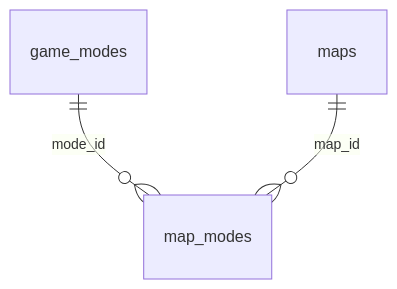
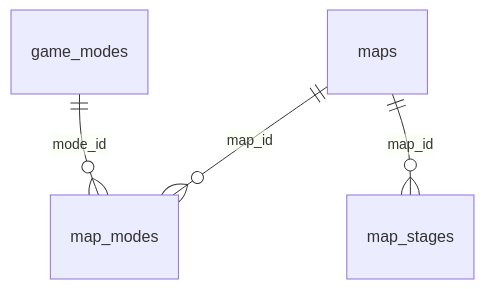
One commit to mmikol/overwatch-db changed the second of 4 diagrams in docs/erd.md. Above: the diagram before and after it, drawn with Mermaid. The commit also changed other lines of this file and 6 other files, not shown here.

````diff
--- a/docs/erd.md
+++ b/docs/erd.md
@@ -44,5 +44,6 @@
 ```mermaid
 erDiagram
     game_modes ||--o{ map_modes : "mode_id"
     maps ||--o{ map_modes : "map_id"
+    maps ||--o{ map_stages : "map_id"
 ```
````
